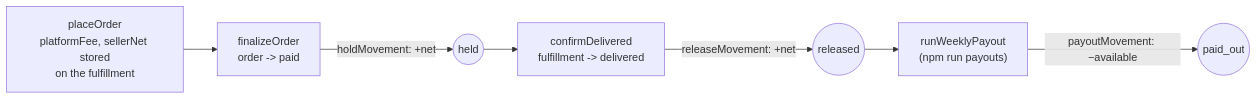
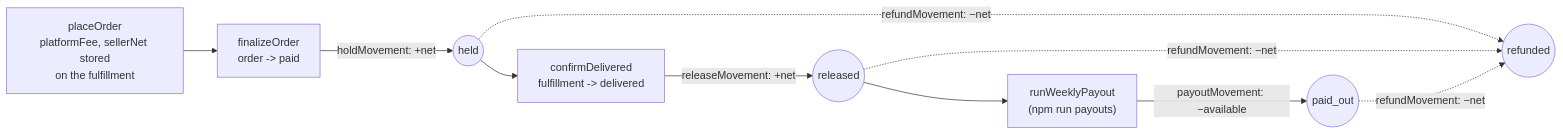
The first of 2 diagrams in prototype/node/docs/escrow.md (jonathan-beebe/art-store), drawn with Mermaid before and after one commit. The commit also changed other lines of this file and 429 other files, not shown here.

````diff
--- a/prototype/node/docs/escrow.md
+++ b/prototype/node/docs/escrow.md
@@ -24,9 +25,12 @@
 ```mermaid
 flowchart LR
     place["placeOrder<br/>platformFee, sellerNet stored<br/>on the fulfillment"] --> finalize
     finalize["finalizeOrder<br/>order -> paid"] -->|"holdMovement: +net"| held(("held"))
     held --> confirm["confirmDelivered<br/>fulfillment -> delivered"]
     confirm -->|"releaseMovement: +net"| released(("released"))
     released --> run["runWeeklyPayout<br/>(npm run payouts)"]
     run -->|"payoutMovement: −available"| paidout(("paid_out"))
+    held -.->|"refundMovement: −net"| refunded(("refunded"))
+    released -.->|"refundMovement: −net"| refunded
+    paidout -.->|"refundMovement: −net"| refunded
 ```
````
